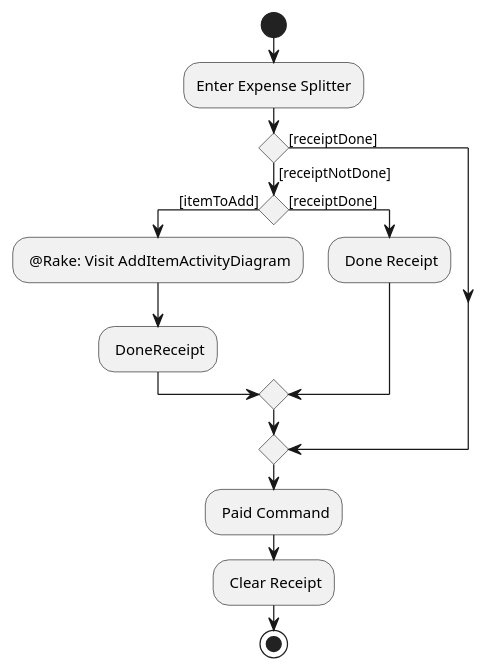
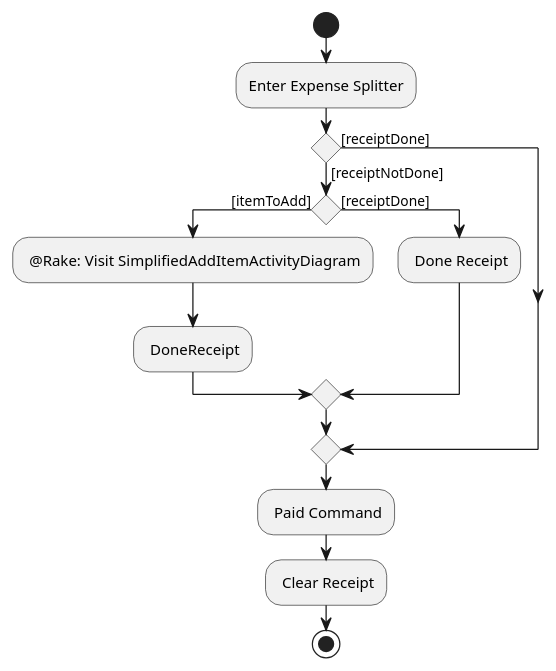
Before and after one commit to nus-cs2103-AY1920S2/addressbook-level3: the diagram in docs/diagrams/ExpenseSplitterActivityDiagramV2.puml, drawn with PlantUML. The commit also changed 6 other files, not shown here.

```diff
--- a/docs/diagrams/ExpenseSplitterActivityDiagramV2.puml
+++ b/docs/diagrams/ExpenseSplitterActivityDiagramV2.puml
@@ -1,30 +1,30 @@
 @startuml
 start
 
 :Enter Expense Splitter;
 
 if () then ([receiptNotDone])
 
     if () then ([itemToAdd])
-    : @Rake: Visit AddItemActivityDiagram;
+    : @Rake: Visit SimplifiedAddItemActivityDiagram;
     : DoneReceipt;
 
     else ([receiptDone])
     : Done Receipt;
     endif
 
 
 else ([receiptDone])
 
 endif
 
 
 : Paid Command;
 
 : Clear Receipt;
 
 
 
 
 stop
 @enduml
```
